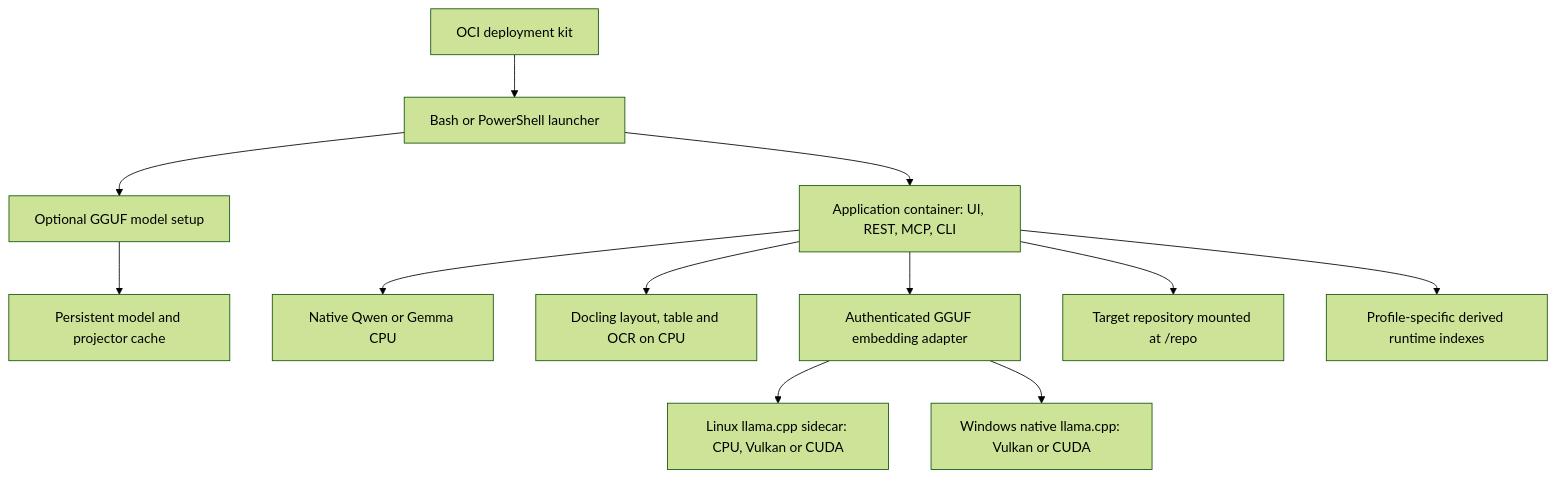
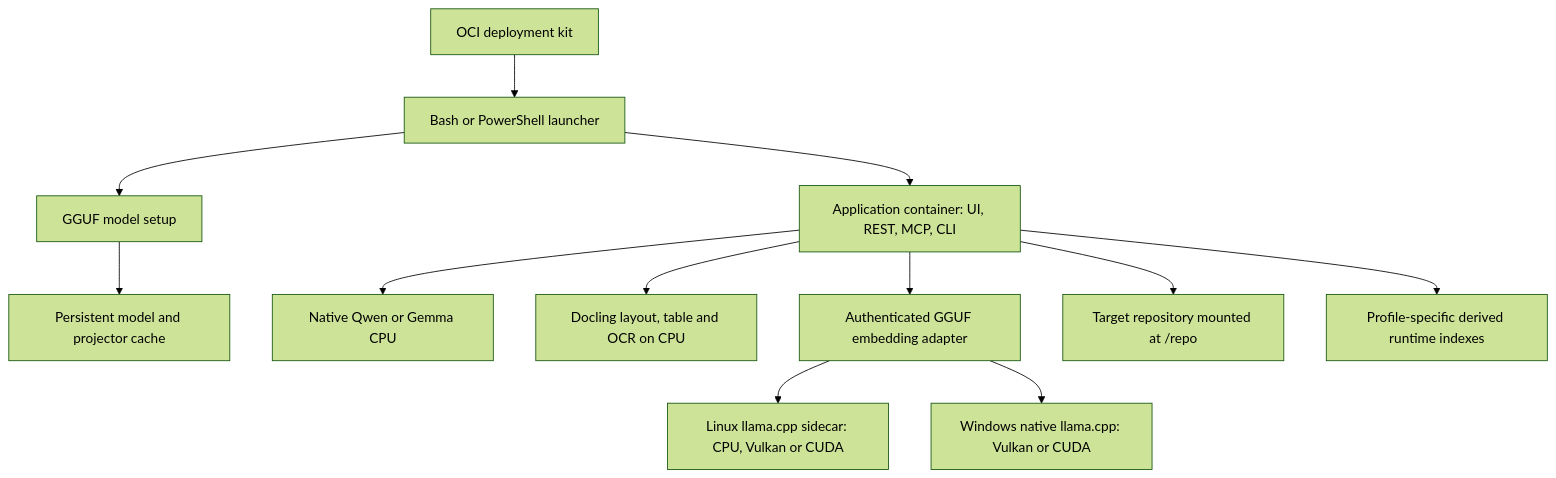
One commit to Shkirmantsev/ProjectExpert changed the diagram in .ai/wiki/architecture/portable-deployment.md. Above: the diagram before and after it, drawn with Mermaid (forest theme). The commit also changed other lines of this file and 26 other files, not shown here.

````diff
--- a/.ai/wiki/architecture/portable-deployment.md
+++ b/.ai/wiki/architecture/portable-deployment.md
@@ -28,14 +28,14 @@
 ```mermaid
 flowchart TD
     Kit[OCI deployment kit] --> Launcher[Bash or PowerShell launcher]
     Launcher --> App[Application container: UI, REST, MCP, CLI]
-    Launcher --> Setup[Optional GGUF model setup]
+    Launcher --> Setup[GGUF model setup]
     Setup --> Cache[Persistent model and projector cache]
     App --> CPU[Native Qwen or Gemma CPU]
     App --> OCR[Docling layout, table and OCR on CPU]
     App --> Adapter[Authenticated GGUF embedding adapter]
     Adapter --> Linux[Linux llama.cpp sidecar: CPU, Vulkan or CUDA]
     Adapter --> Windows[Windows native llama.cpp: Vulkan or CUDA]
     App --> Repo[Target repository mounted at /repo]
     App --> Derived[Profile-specific derived runtime indexes]
 ```
````
